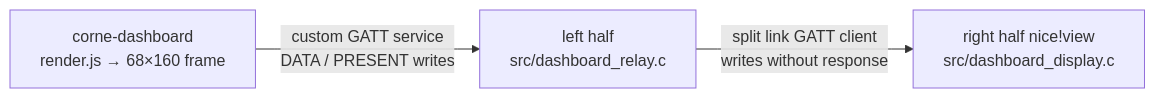
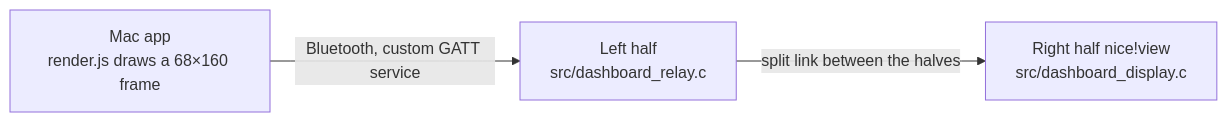
One commit to brainsaysno/keyboard changed the diagram in README.md. Above: the diagram before and after it, drawn with Mermaid. The commit also changed other lines of this file and 5 other files, not shown here.

````diff
--- a/README.md
+++ b/README.md
@@ -147,5 +79,5 @@
 ```mermaid
 flowchart LR
-  mac["corne-dashboard<br/>render.js → 68×160 frame"] -- "custom GATT service<br/>DATA / PRESENT writes" --> left["left half<br/>src/dashboard_relay.c"]
-  left -- "split link GATT client<br/>writes without response" --> right["right half nice!view<br/>src/dashboard_display.c"]
+  mac["Mac app<br/>render.js draws a 68×160 frame"] -- "Bluetooth, custom GATT service" --> left["Left half<br/>src/dashboard_relay.c"]
+  left -- "split link between the halves" --> right["Right half nice!view<br/>src/dashboard_display.c"]
 ```
````
